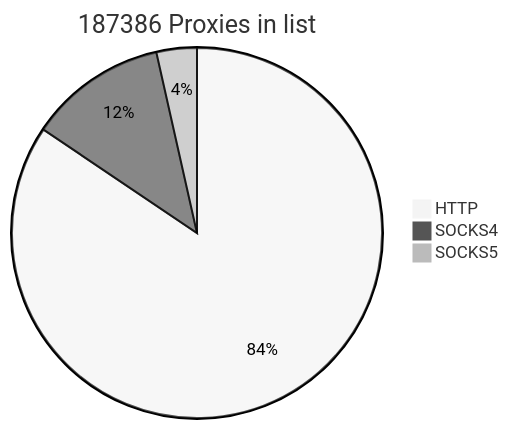
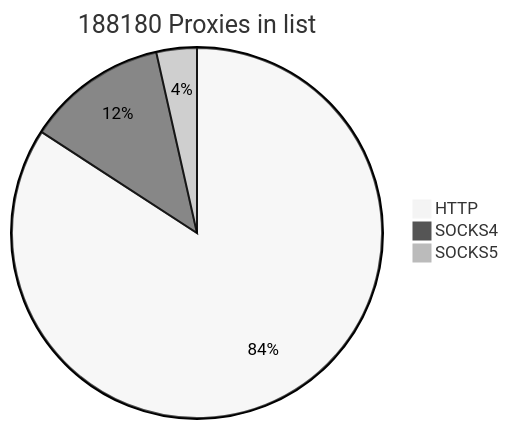
The first of 2 diagrams in README.md (cutipu/proxylist), drawn with Mermaid (neutral theme) before and after one commit. The commit also changed other lines of this file, not shown here.

````diff
--- a/README.md
+++ b/README.md
@@ -2,7 +2,7 @@
 ```mermaid
-pie title 187386 Proxies in list
-    "HTTP" : 158222
-    "SOCKS4" : 22561
-    "SOCKS5" : 6603
+pie title 188180 Proxies in list
+    "HTTP" : 158393
+    "SOCKS4" : 23141
+    "SOCKS5" : 6646
             
 ```
````
